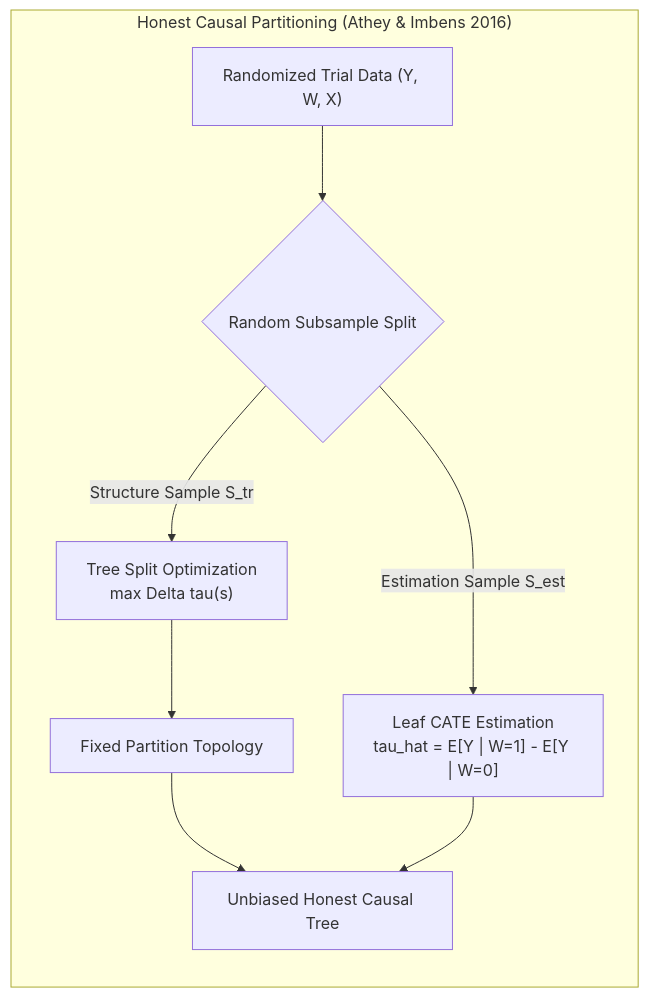
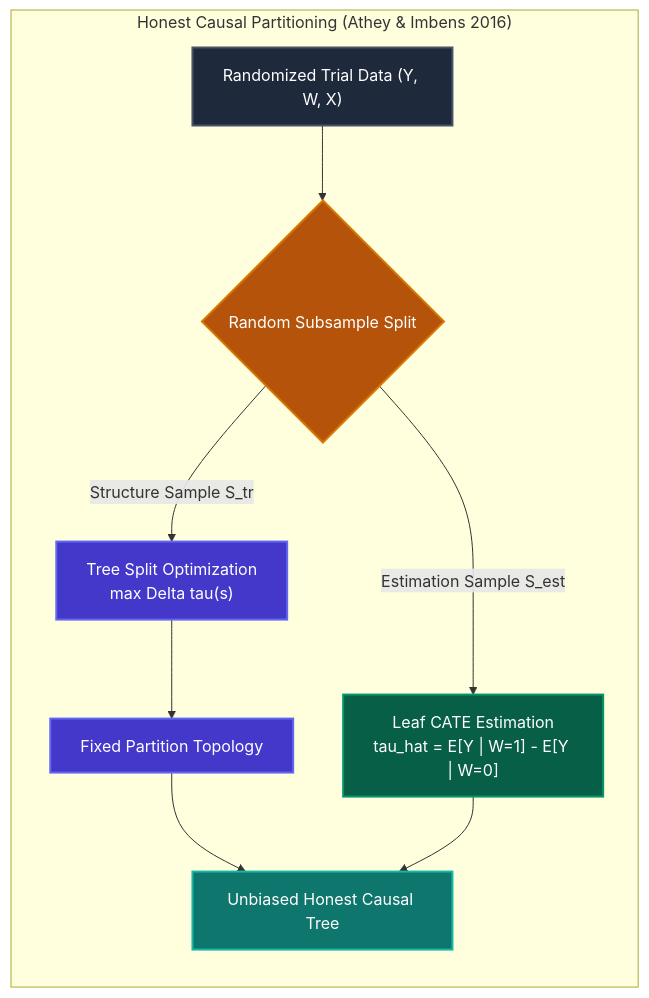
One commit to jkapila/mltreelib changed the diagram in docs/guides/uplift.md. Above: the diagram before and after it, drawn with Mermaid. The commit also changed 18 other files, not shown here.

Commit message:
docs: add native ModelTree graph, 5-leaf survival profiles, and color palette across all Mermaid diagrams

````diff
--- a/docs/guides/uplift.md
+++ b/docs/guides/uplift.md
@@ -19,11 +19,23 @@
 ```mermaid
 flowchart TD
     subgraph HonestSplit["Honest Causal Partitioning (Athey & Imbens 2016)"]
         direction TB
         Sample["Randomized Trial Data (Y, W, X)"] --> Partition{"Random Subsample Split"}
         Partition -->|"Structure Sample S_tr"| TreeStructure["Tree Split Optimization\nmax Delta tau(s)"]
         Partition -->|"Estimation Sample S_est"| LeafEstimator["Leaf CATE Estimation\ntau_hat = E[Y | W=1] - E[Y | W=0]"]
         TreeStructure --> FixedNodes["Fixed Partition Topology"]
         FixedNodes & LeafEstimator --> UnbiasedModel["Unbiased Honest Causal Tree"]
     end
+
+    classDef dataBox fill:#1e293b,stroke:#475569,stroke-width:2px,color:#ffffff;
+    classDef gateBox fill:#b45309,stroke:#d97706,stroke-width:2px,color:#ffffff;
+    classDef treeBox fill:#4338ca,stroke:#6366f1,stroke-width:2px,color:#ffffff;
+    classDef leafBox fill:#065f46,stroke:#059669,stroke-width:2px,color:#ffffff;
+    classDef causalBox fill:#0f766e,stroke:#14b8a6,stroke-width:2px,color:#ffffff;
+
+    class Sample dataBox;
+    class Partition gateBox;
+    class TreeStructure,FixedNodes treeBox;
+    class LeafEstimator leafBox;
+    class UnbiasedModel causalBox;
 ```
````
